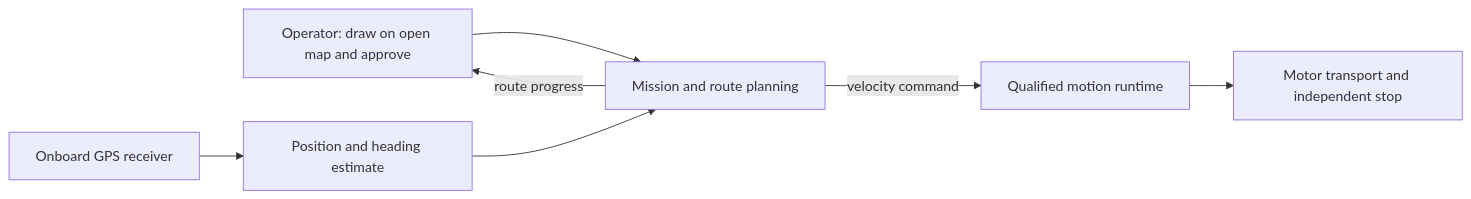
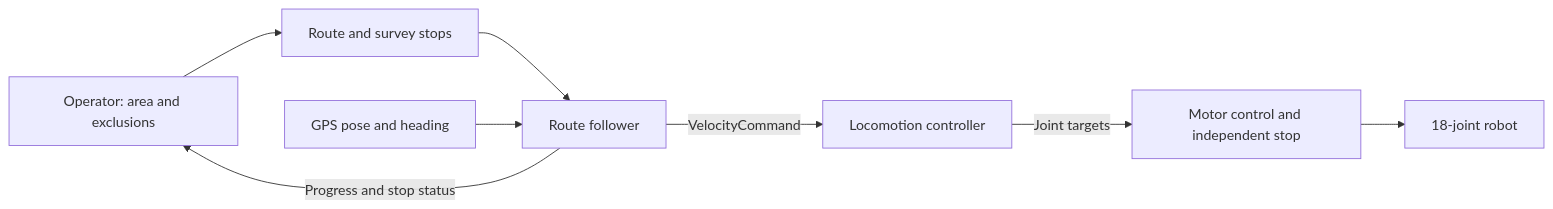
One commit to Cornell-Physical-Intelligence/hexapod-cupi changed the diagram in ARCHITECTURE.md. Above: the diagram before and after it, drawn with Mermaid. The commit also changed other lines of this file and 3 other files, not shown here.

Commit message:
Focus architecture on current system boundaries

````diff
--- a/ARCHITECTURE.md
+++ b/ARCHITECTURE.md
@@ -78,9 +15,10 @@
 ```mermaid
 flowchart LR
-  Operator[Operator: draw on open map and approve] --> Mission[Mission and route planning]
-  GPS[Onboard GPS receiver] --> Pose[Position and heading estimate]
-  Pose --> Mission
-  Mission -->|velocity command| Control[Qualified motion runtime]
-  Control --> Motors[Motor transport and independent stop]
-  Mission -->|route progress| Operator
+  Operator[Operator: area and exclusions] --> Planner[Route and survey stops]
+  Planner --> Follower[Route follower]
+  GPS[GPS pose and heading] --> Follower
+  Follower -->|VelocityCommand| Policy[Locomotion controller]
+  Policy -->|Joint targets| Runtime[Motor control and independent stop]
+  Runtime --> Robot[18-joint robot]
+  Follower -->|Progress and stop status| Operator
 ```
````
